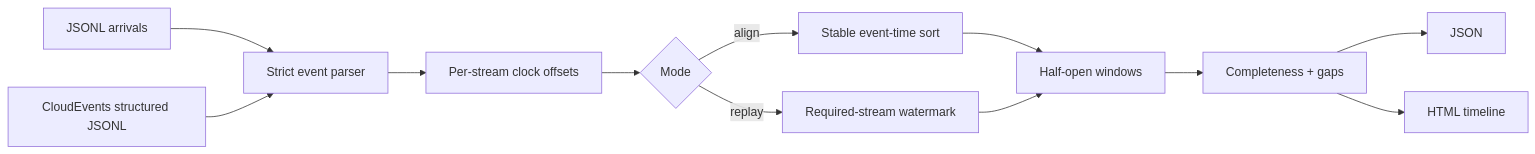
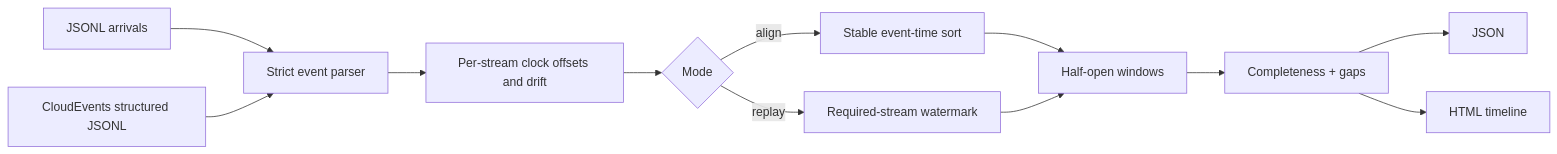
One commit to appleweiping/stream-quilt changed the diagram in docs/architecture.md. Above: the diagram before and after it, drawn with Mermaid. The commit also changed other lines of this file and 10 other files, not shown here.

````diff
--- a/docs/architecture.md
+++ b/docs/architecture.md
@@ -6,14 +6,14 @@
 ```mermaid
 flowchart LR
     A[JSONL arrivals] --> B[Strict event parser]
-    B --> C[Per-stream clock offsets]
+    B --> C[Per-stream clock offsets and drift]
     C --> D{Mode}
     D -->|align| E[Stable event-time sort]
     D -->|replay| F[Required-stream watermark]
     E --> G[Half-open windows]
     F --> G
     G --> H[Completeness + gaps]
     H --> I[JSON]
     H --> J[HTML timeline]
     K[CloudEvents structured JSONL] --> B
 ```
````
